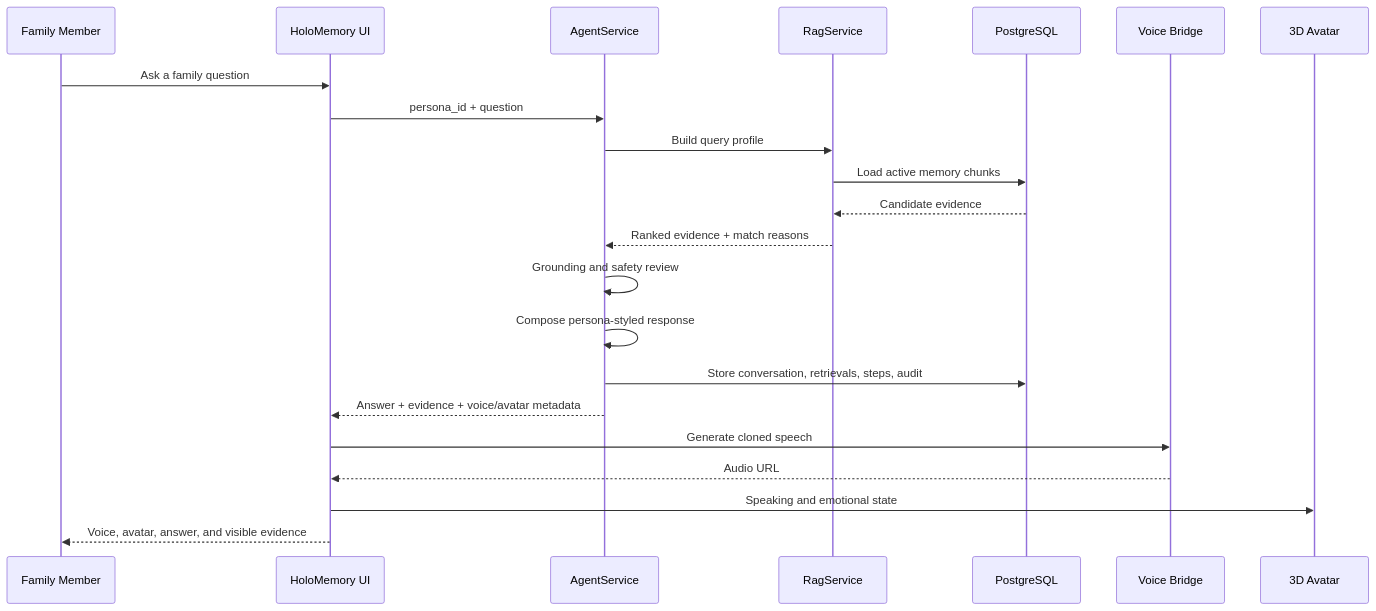
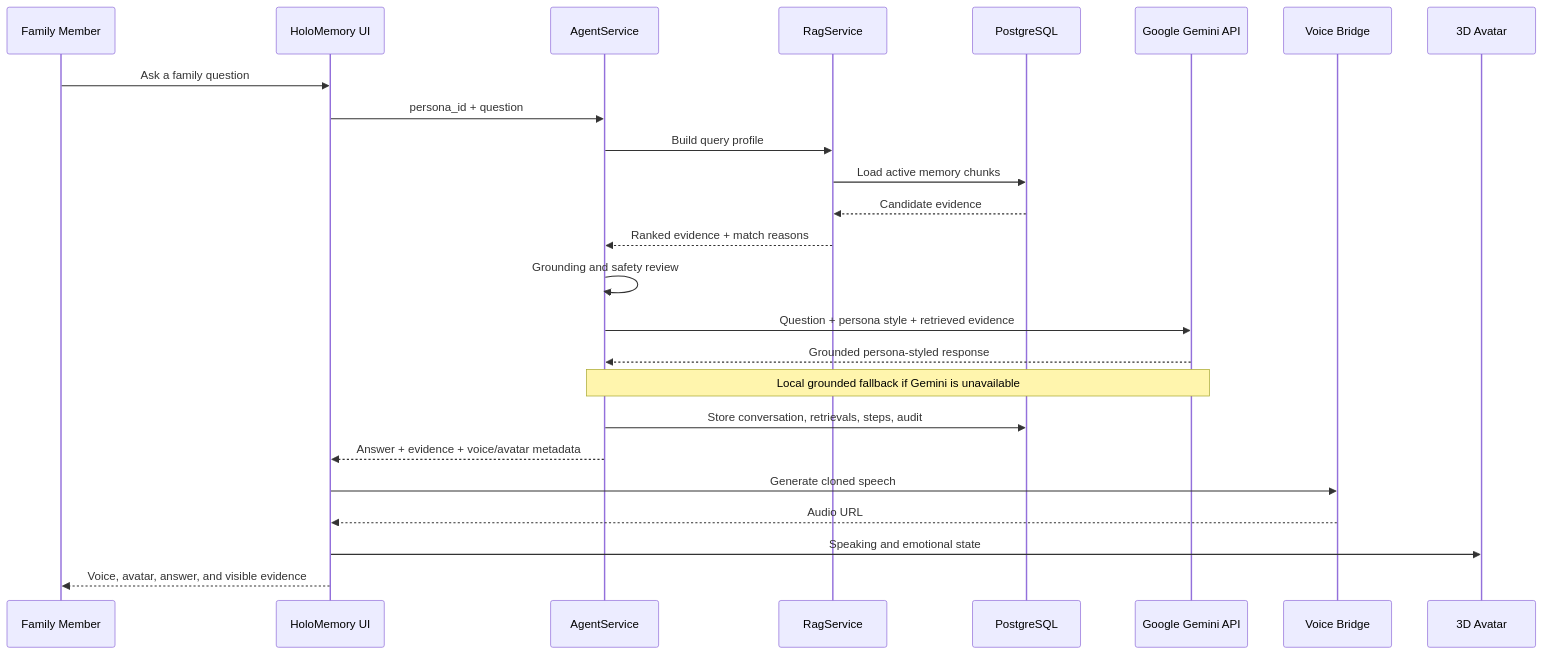
The second of 4 diagrams in Demo_HM/docs/ARCHITECTURE.md (wayne-lou/FDE), drawn with Mermaid before and after one commit. The commit also changed other lines of this file and 8 other files, not shown here.

Commit message:
Integrate Gemini grounded response generation

````diff
--- a/Demo_HM/docs/ARCHITECTURE.md
+++ b/Demo_HM/docs/ARCHITECTURE.md
@@ -61,25 +63,28 @@
 ```mermaid
 sequenceDiagram
     participant F as Family Member
     participant UI as HoloMemory UI
     participant A as AgentService
     participant R as RagService
     participant DB as PostgreSQL
+    participant G as Google Gemini API
     participant V as Voice Bridge
     participant H as 3D Avatar
 
     F->>UI: Ask a family question
     UI->>A: persona_id + question
     A->>R: Build query profile
     R->>DB: Load active memory chunks
     DB-->>R: Candidate evidence
     R-->>A: Ranked evidence + match reasons
     A->>A: Grounding and safety review
-    A->>A: Compose persona-styled response
+    A->>G: Question + persona style + retrieved evidence
+    G-->>A: Grounded persona-styled response
+    Note over A,G: Local grounded fallback if Gemini is unavailable
     A->>DB: Store conversation, retrievals, steps, audit
     A-->>UI: Answer + evidence + voice/avatar metadata
     UI->>V: Generate cloned speech
     V-->>UI: Audio URL
     UI->>H: Speaking and emotional state
     UI-->>F: Voice, avatar, answer, and visible evidence
 ```
````
